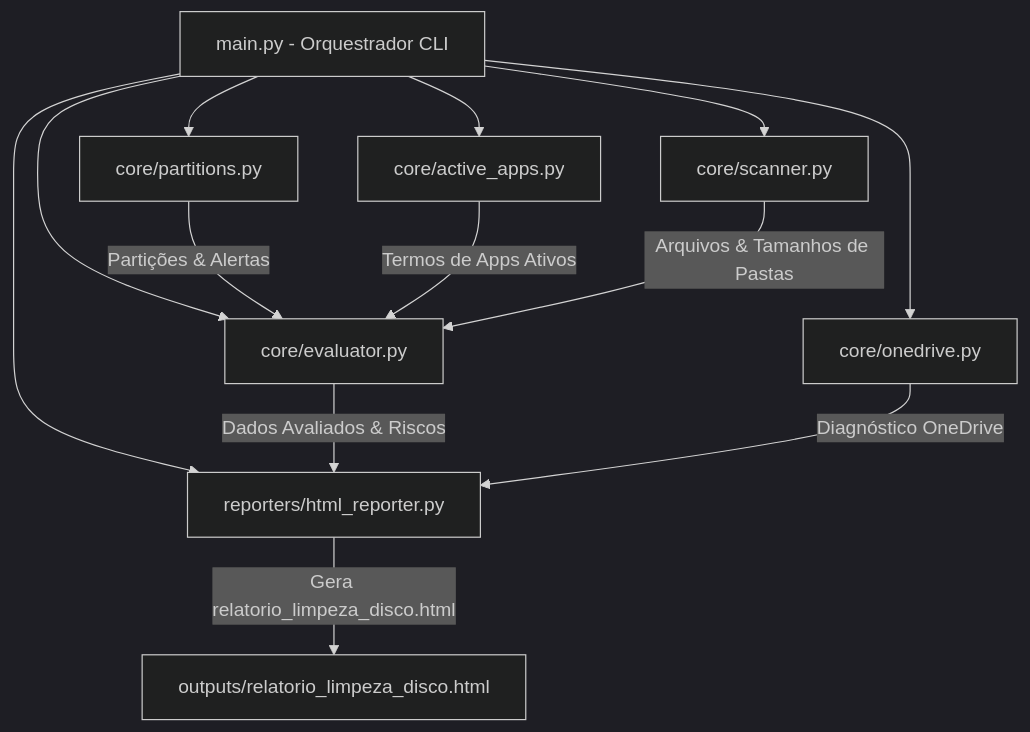
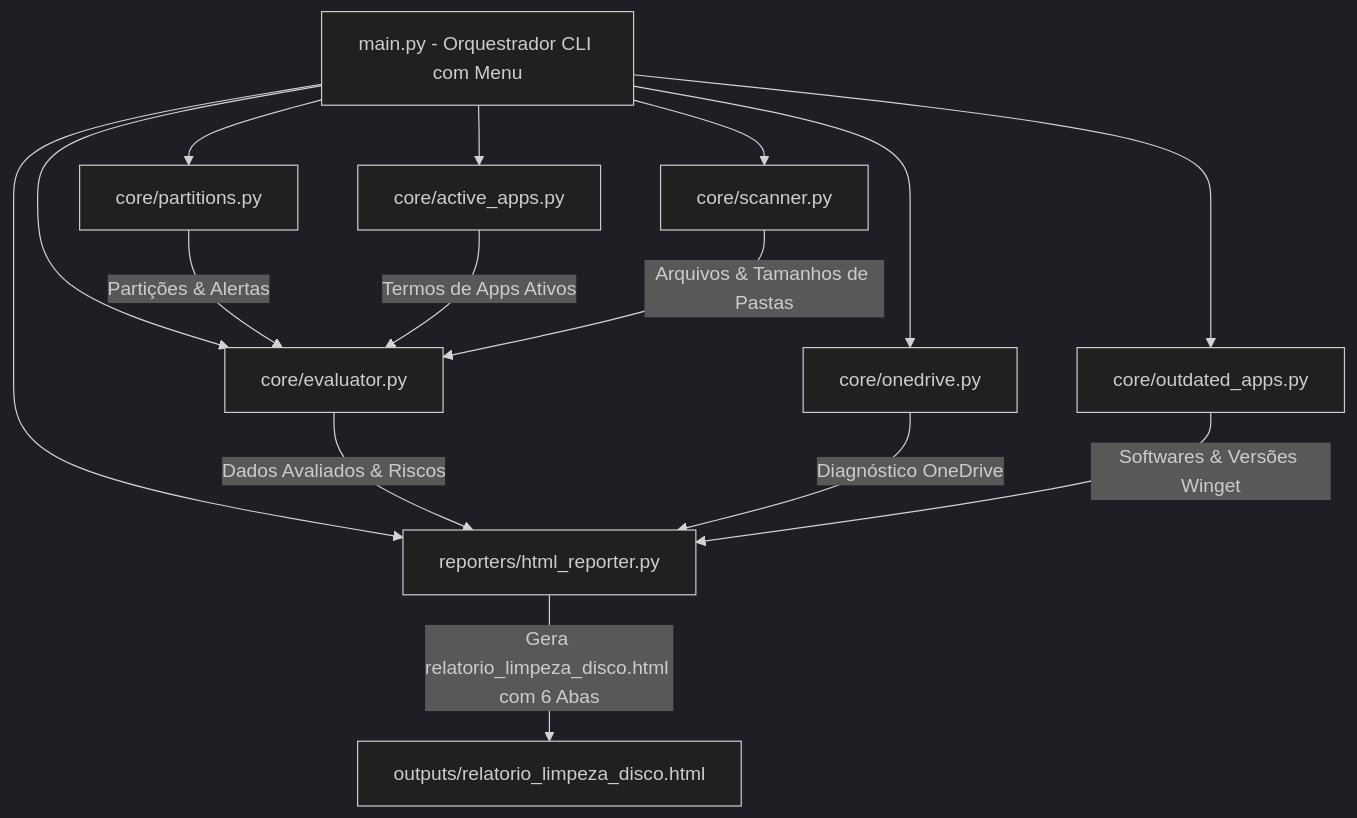
The diagram in analisador_limpeza_disco/ARQUITETURA.md (abdielcordeiro/limpeza-desktop), drawn with Mermaid (dark theme) before and after one commit. The commit also changed other lines of this file and 3 other files, not shown here.

````diff
--- a/analisador_limpeza_disco/ARQUITETURA.md
+++ b/analisador_limpeza_disco/ARQUITETURA.md
@@ -11,16 +11,18 @@
 ```mermaid
 graph TD
-    A[main.py - Orquestrador CLI] --> B[core/partitions.py]
+    A[main.py - Orquestrador CLI com Menu] --> B[core/partitions.py]
     A --> C[core/active_apps.py]
     A --> D[core/scanner.py]
     A --> E[core/evaluator.py]
     A --> F[core/onedrive.py]
-    A --> G[reporters/html_reporter.py]
+    A --> G[core/outdated_apps.py]
+    A --> H[reporters/html_reporter.py]
     
     B -->|Partições & Alertas| E
     C -->|Termos de Apps Ativos| E
     D -->|Arquivos & Tamanhos de Pastas| E
-    E -->|Dados Avaliados & Riscos| G
-    F -->|Diagnóstico OneDrive| G
-    G -->|Gera relatorio_limpeza_disco.html| H[outputs/relatorio_limpeza_disco.html]
+    E -->|Dados Avaliados & Riscos| H
+    F -->|Diagnóstico OneDrive| H
+    G -->|Softwares & Versões Winget| H
+    H -->|Gera relatorio_limpeza_disco.html com 6 Abas| I[outputs/relatorio_limpeza_disco.html]
 ```
````
